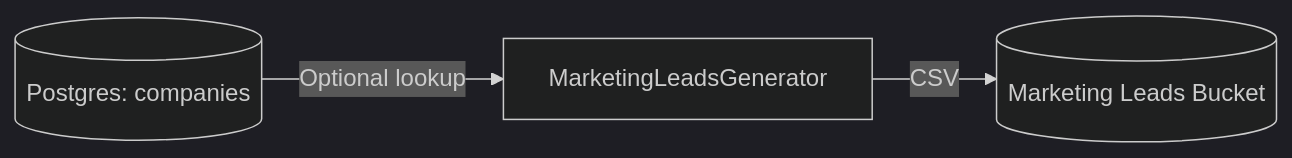
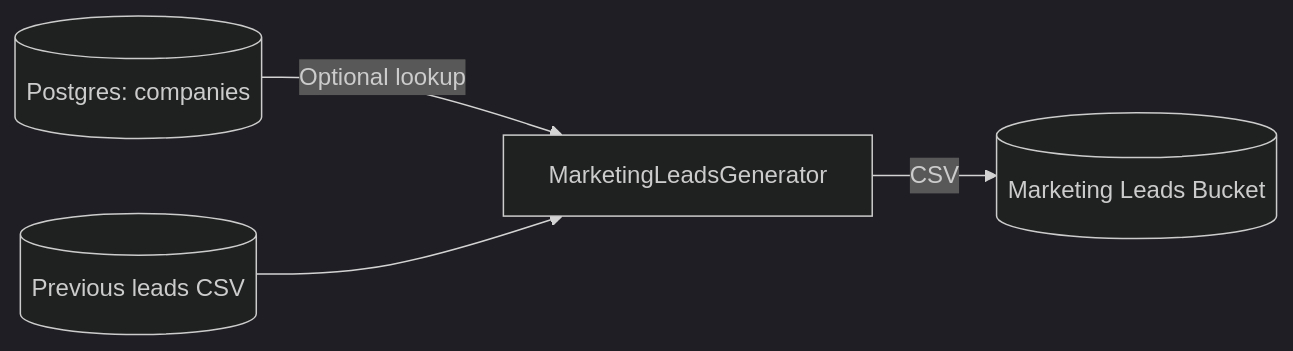
Before and after one commit to KayvanShah1/b2b-ecommerce-platform: the fifth of 7 diagrams in packages/b2b_ec_sources/README.md, drawn with Mermaid (dark theme). The commit also changed other lines of this file and 5 other files, not shown here.

````diff
--- a/packages/b2b_ec_sources/README.md
+++ b/packages/b2b_ec_sources/README.md
@@ -148,5 +179,6 @@
 ```mermaid
 flowchart LR
   DB[(Postgres: companies)] -->|Optional lookup| LeadGen[MarketingLeadsGenerator]
+  Prev[(Previous leads CSV)] --> LeadGen
   LeadGen -->|CSV| Storage[(Marketing Leads Bucket)]
 ```
````
